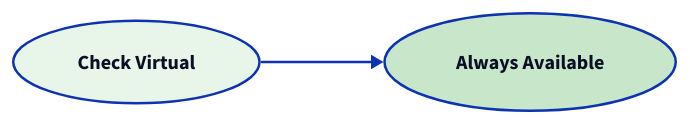
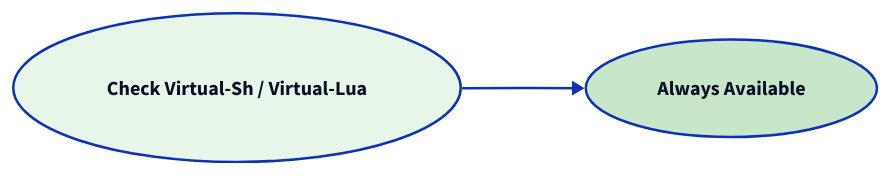
The diagram in docs/diagrams/flowcharts/runtime-virtual-check.d2 (invowk/invowk), drawn with D2 before and after one commit. The commit also changed 367 other files, not shown here. The source asks for the TALA layout; these drawings use dagre instead.

First line of the commit message:
feat(runtime): rename virtual runtime and add Lua support (#115)

```diff
--- a/docs/diagrams/flowcharts/runtime-virtual-check.d2
+++ b/docs/diagrams/flowcharts/runtime-virtual-check.d2
@@ -1,25 +1,25 @@
-# Virtual Runtime Availability Check Flowchart
+# Virtual-Sh / Virtual-Lua Runtime Availability Check Flowchart
 #
-# The virtual runtime is always available because it's embedded
-# in the Invowk binary (mvdan/sh interpreter).
+# The virtual-sh and virtual-lua runtimes are always available because
+# they are embedded in the Invowk binary.
 #
 # Source: docs/architecture/flowchart-runtime-selection.md
 
 vars: {
   d2-config: {
     layout-engine: tala
   }
 }
 
 direction: right
 
-Start: Check Virtual {
+Start: Check Virtual-Sh / Virtual-Lua {
   shape: oval
   style.fill: "#E8F5E9"
 }
 Always: Always Available {
   shape: oval
   style.fill: "#C8E6C9"
 }
 
 Start -> Always
```
